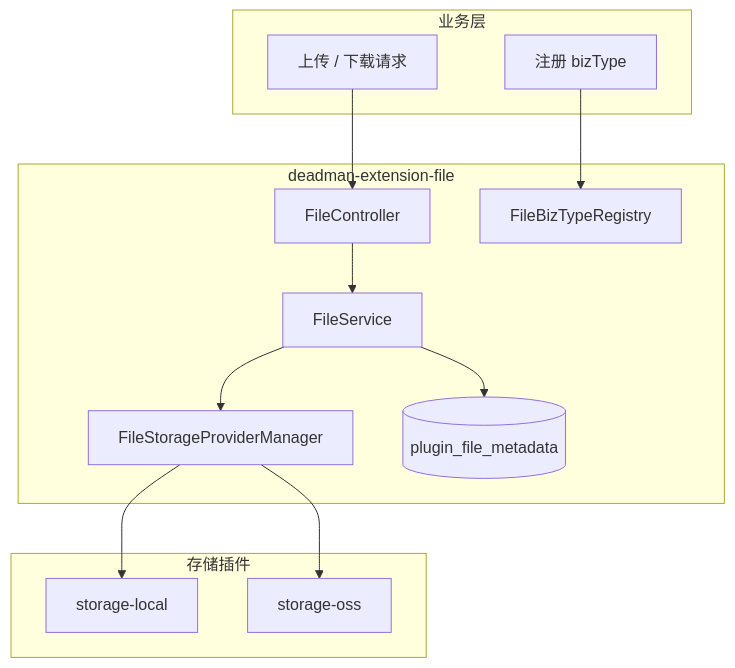
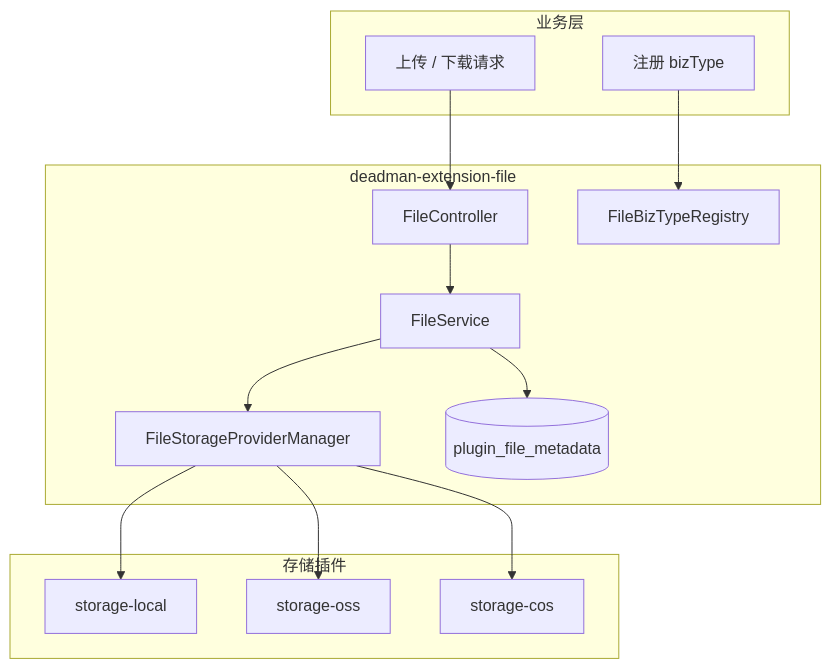
Before and after one commit to Xiaojiju/deadman-admin: the first of 3 diagrams in extensions/deadman-extension-file/README.md, drawn with Mermaid. The commit also changed other lines of this file and 140 other files, not shown here.

First line of the commit message:
Enhance client component with Tencent Cloud COS storage support

````diff
--- a/extensions/deadman-extension-file/README.md
+++ b/extensions/deadman-extension-file/README.md
@@ -66,27 +70,29 @@
 ```mermaid
 flowchart TB
     subgraph 业务层
         A[注册 bizType]
         B[上传 / 下载请求]
     end
 
     subgraph deadman-extension-file
         FC[FileController]
         FS[FileService]
         MGR[FileStorageProviderManager]
         REG[FileBizTypeRegistry]
         DB[(plugin_file_metadata)]
     end
 
     subgraph 存储插件
         P1[storage-local]
         P2[storage-oss]
+        P3[storage-cos]
     end
 
     A --> REG
     B --> FC --> FS
     FS --> MGR
     MGR --> P1
     MGR --> P2
+    MGR --> P3
     FS --> DB
 ```
````
